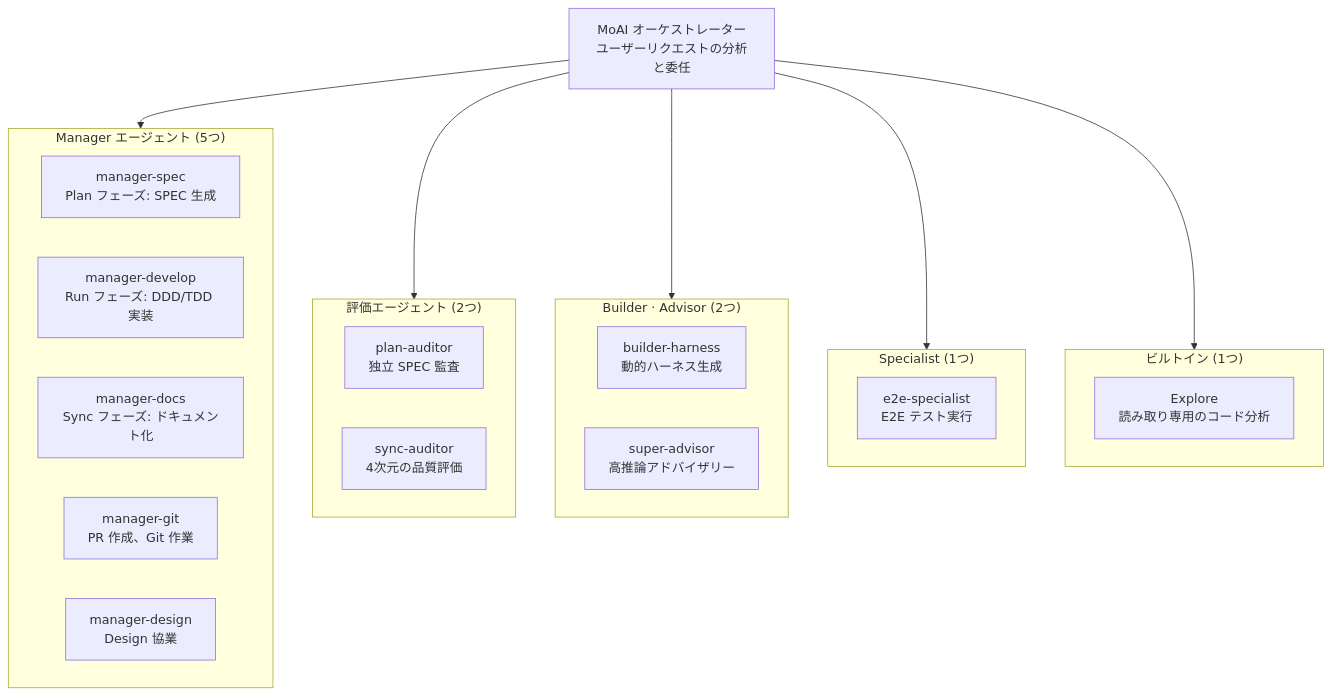
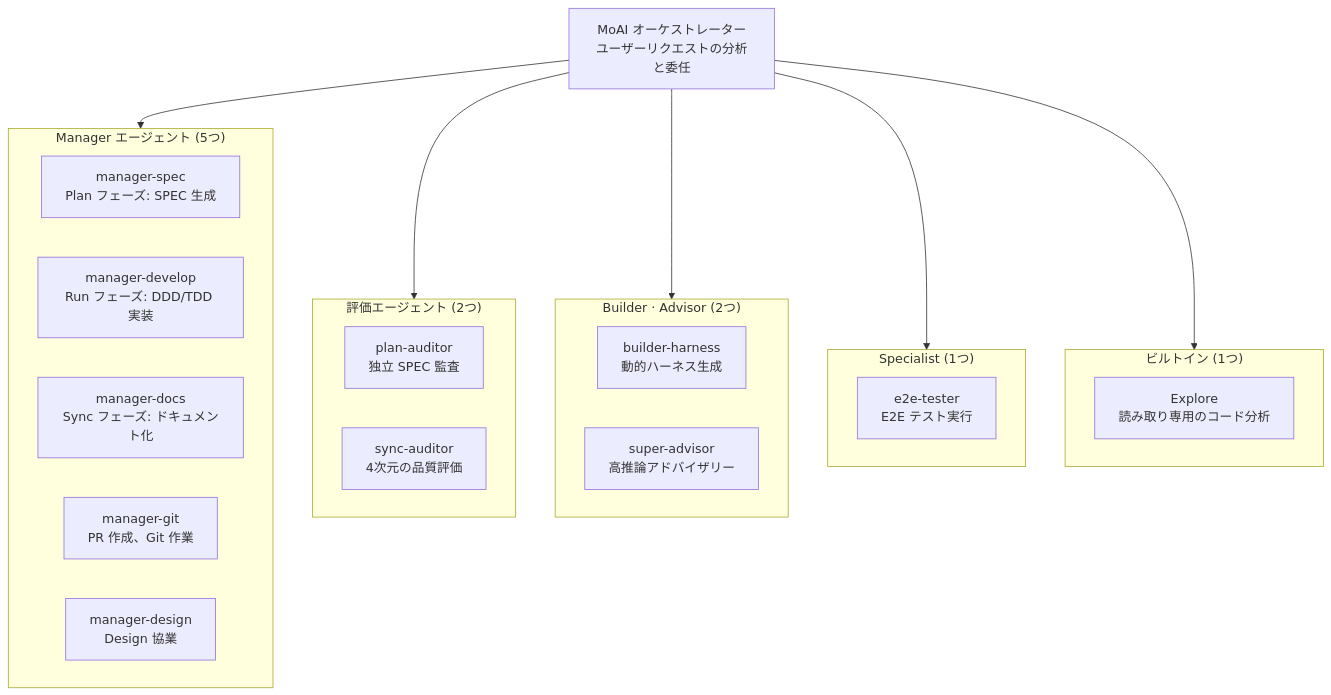
Before and after one commit to modu-ai/moai-adk: the third of 5 diagrams in docs-site/content/ja/core-concepts/what-is-moai-adk.md, drawn with Mermaid. The commit also changed other lines of this file and 72 other files, not shown here.

First line of the commit message:
refactor: rename e2e-specialist agent → e2e-tester

````diff
--- a/docs-site/content/ja/core-concepts/what-is-moai-adk.md
+++ b/docs-site/content/ja/core-concepts/what-is-moai-adk.md
@@ -275,36 +275,36 @@
 ```mermaid
 flowchart TD
     MoAI["MoAI オーケストレーター\nユーザーリクエストの分析と委任"]
 
     subgraph Managers["Manager エージェント (5つ)"]
         M1["manager-spec\nPlan フェーズ: SPEC 生成"]
         M2["manager-develop\nRun フェーズ: DDD/TDD 実装"]
         M3["manager-docs\nSync フェーズ: ドキュメント化"]
         M4["manager-git\nPR 作成、Git 作業"]
         M5["manager-design\nDesign 協業"]
     end
 
     subgraph Evaluators["評価エージェント (2つ)"]
         E1["plan-auditor\n独立 SPEC 監査"]
         E2["sync-auditor\n4次元の品質評価"]
     end
 
     subgraph BuilderAdvisor["Builder · Advisor (2つ)"]
         B1["builder-harness\n動的ハーネス生成"]
         B2["super-advisor\n高推論アドバイザリー"]
     end
 
     subgraph Specialist["Specialist (1つ)"]
-        S1["e2e-specialist\nE2E テスト実行"]
+        S1["e2e-tester\nE2E テスト実行"]
     end
 
     subgraph Explore["ビルトイン (1つ)"]
         X1["Explore\n読み取り専用のコード分析"]
     end
 
     MoAI --> Managers
     MoAI --> Evaluators
     MoAI --> BuilderAdvisor
     MoAI --> Specialist
     MoAI --> Explore
 ```
````
